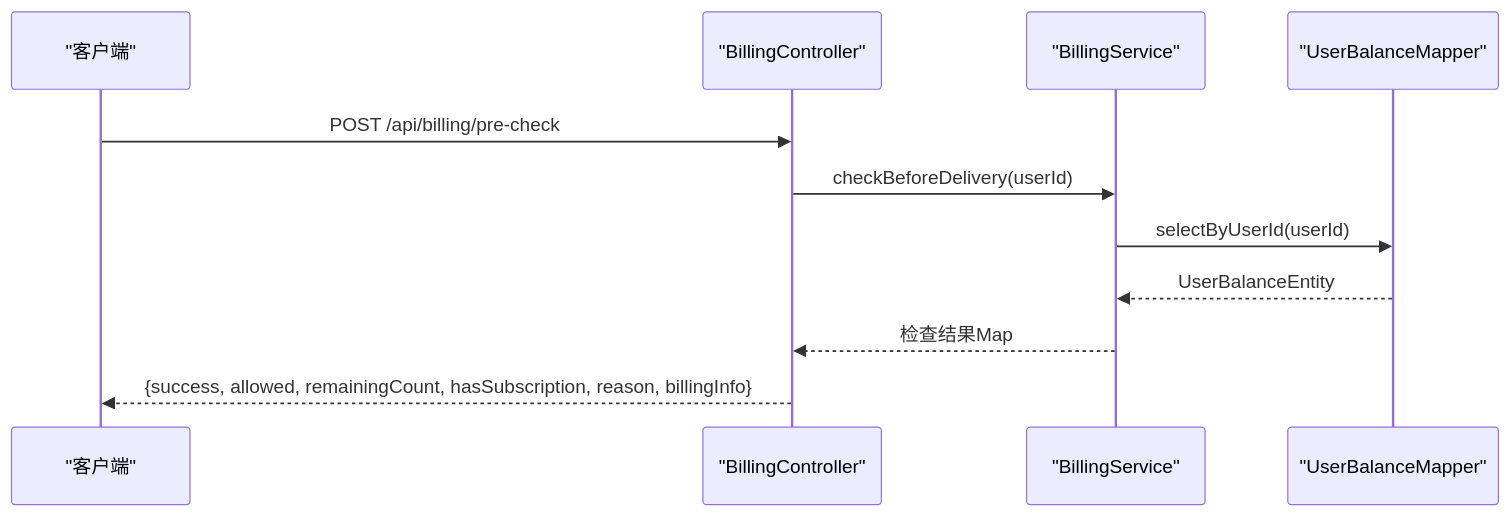
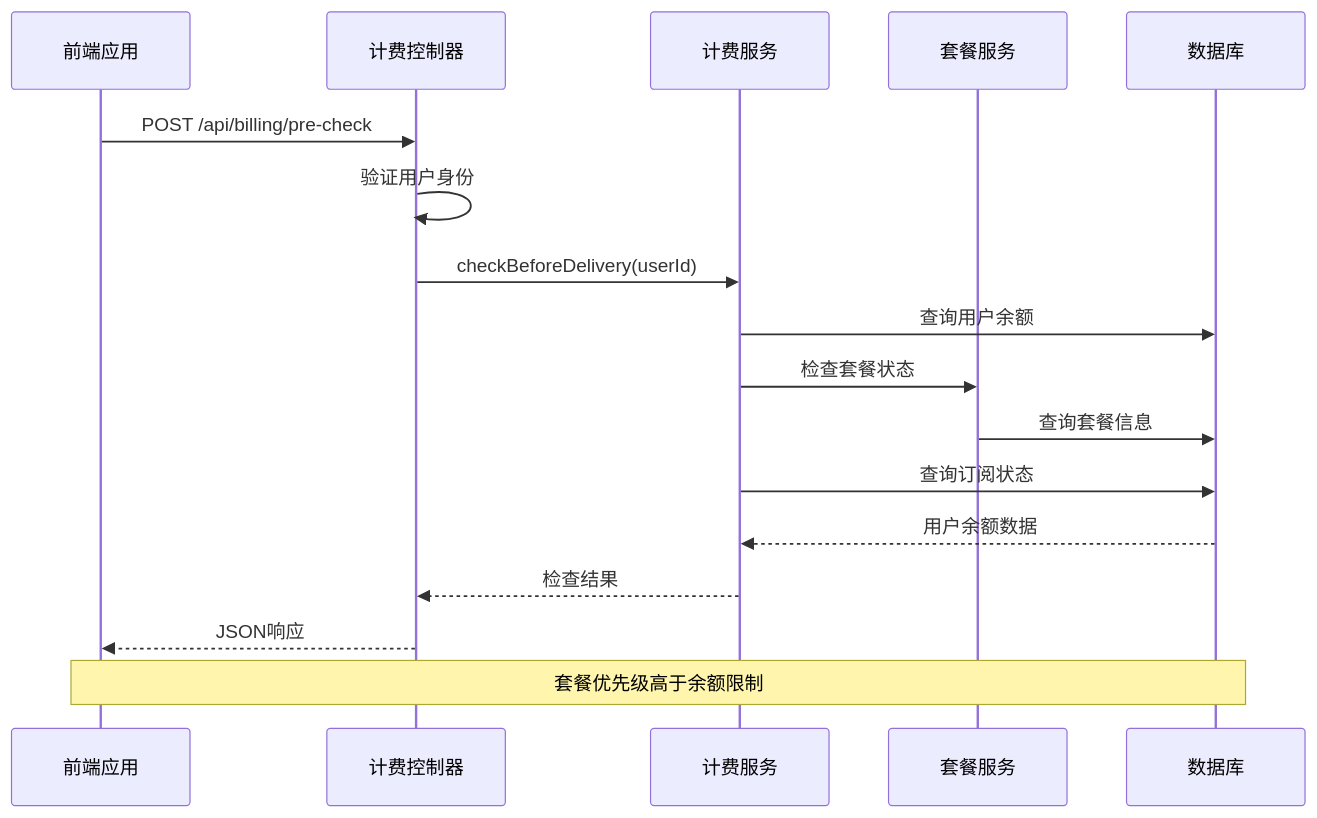
The second of 5 diagrams in .qoder/repowiki/zh/content/API 接口文档/计费订阅接口.md (xulingfeng931027/get_jobs), drawn with Mermaid before and after one commit. The commit also changed other lines of this file and 74 other files, not shown here.

````diff
--- a/.qoder/repowiki/zh/content/API 接口文档/计费订阅接口.md
+++ b/.qoder/repowiki/zh/content/API 接口文档/计费订阅接口.md
@@ -168,13 +142,19 @@
 ```mermaid
 sequenceDiagram
-participant Client as "客户端"
-participant BC as "BillingController"
-participant BS as "BillingService"
-participant UBM as "UserBalanceMapper"
-Client->>BC : POST /api/billing/pre-check
-BC->>BS : checkBeforeDelivery(userId)
-BS->>UBM : selectByUserId(userId)
-UBM-->>BS : UserBalanceEntity
-BS-->>BC : 检查结果Map
-BC-->>Client : {success, allowed, remainingCount, hasSubscription, reason, billingInfo}
+participant Client as 前端应用
+participant Controller as 计费控制器
+participant Service as 计费服务
+participant PackageService as 套餐服务
+participant DB as 数据库
+Client->>Controller : POST /api/billing/pre-check
+Controller->>Controller : 验证用户身份
+Controller->>Service : checkBeforeDelivery(userId)
+Service->>DB : 查询用户余额
+Service->>PackageService : 检查套餐状态
+PackageService->>DB : 查询套餐信息
+Service->>DB : 查询订阅状态
+DB-->>Service : 用户余额数据
+Service-->>Controller : 检查结果
+Controller-->>Client : JSON响应
+Note over Client,DB : 套餐优先级高于余额限制
 ```
````
